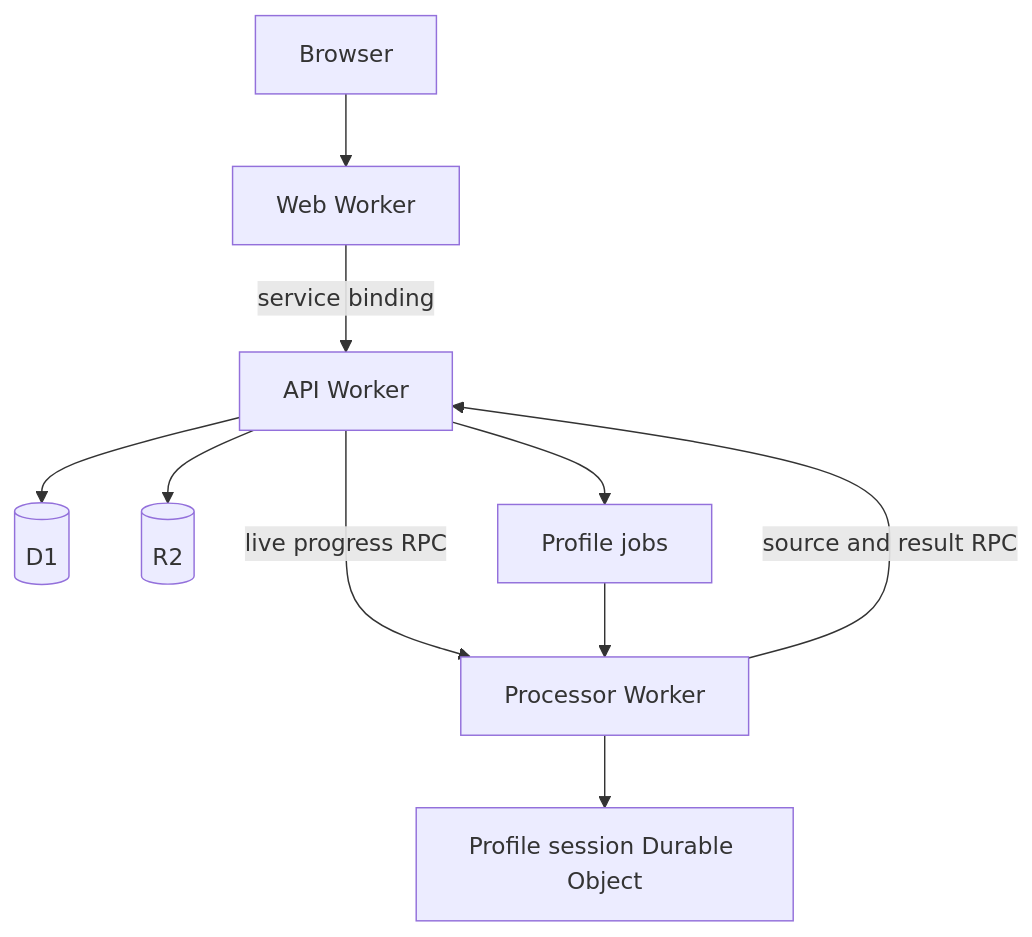
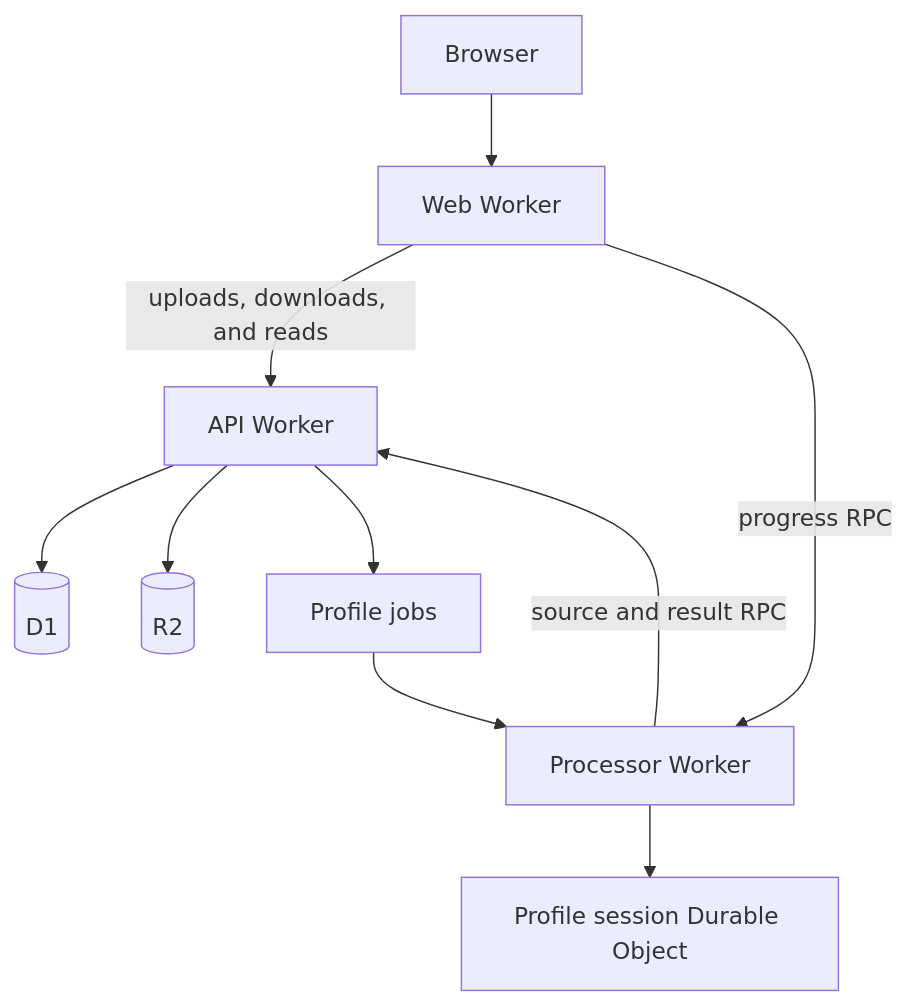
One commit to AdiRishi/application-platform-starter changed the diagram in docs/architecture.mdx. Above: the diagram before and after it, drawn with Mermaid. The commit also changed other lines of this file and 3638 other files, not shown here.

````diff
--- a/docs/architecture.mdx
+++ b/docs/architecture.mdx
@@ -12,12 +12,12 @@
 ```mermaid
 flowchart TD
   Browser --> Web[Web Worker]
-  Web -->|service binding| API[API Worker]
-  API -->|live progress RPC| Processor[Processor Worker]
+  Web -->|uploads, downloads, and reads| API[API Worker]
+  Web -->|progress RPC| Processor[Processor Worker]
   API --> D1[(D1)]
   API --> R2[(R2)]
   API --> Queue[Profile jobs]
   Queue --> Processor
   Processor -->|source and result RPC| API
   Processor --> Session[Profile session Durable Object]
 ```
````
